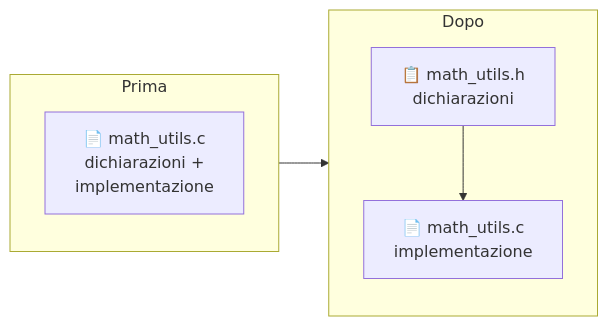
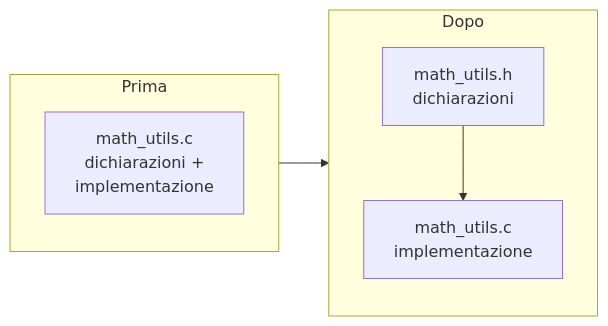
The second of 2 diagrams in pages/slides_lezione2.md (gdegani/its_slides_ai), drawn with Mermaid before and after one commit. The commit also changed other lines of this file and 3 other files, not shown here.

Commit message:
Add SVG diagram illustrating the context window of an LLM with token representation

````diff
--- a/pages/slides_lezione2.md
+++ b/pages/slides_lezione2.md
@@ -390,12 +391,12 @@
 ```mermaid
 flowchart LR
     subgraph Prima
-        A["📄 math_utils.c\ndichiarazioni +\nimplementazione"]
+        A["math_utils.c\ndichiarazioni +\nimplementazione"]
     end
     subgraph Dopo
-        B["📋 math_utils.h\ndichiarazioni"]
-        C["📄 math_utils.c\nimplementazione"]
+        B["math_utils.h\ndichiarazioni"]
+        C["math_utils.c\nimplementazione"]
         B --> C
     end
     Prima --> Dopo
 ```
````
